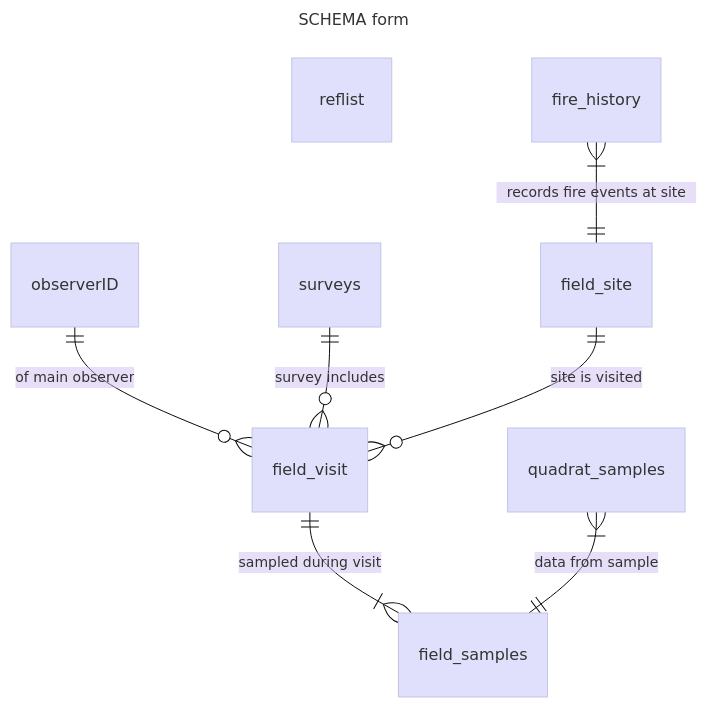
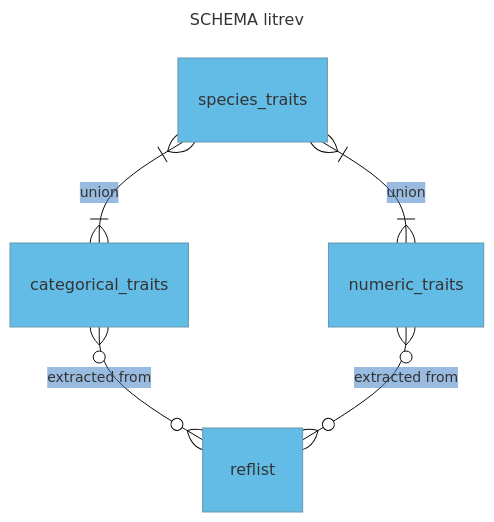
Before and after one commit to ces-unsw-edu-au/fireveg-db: the diagram in figs/ER-litrev-schema-overview.mmd, drawn with Mermaid. The commit also changed 1 other file, not shown here.

Commit message:
update links and diagram

```diff
--- a/figs/ER-litrev-schema-overview.mmd
+++ b/figs/ER-litrev-schema-overview.mmd
@@ -1,13 +1,9 @@
 ---
-title: SCHEMA form
+title: SCHEMA litrev
 ---
-%%{init: {'theme': 'base', 'themeVariables': { 'primaryColor': '#e0e0fc', 'edgeLabelBackground':'#e0e0fc', 'tertiaryColor': '#cec0f0'}}}%%
+%%{init: {'theme': 'base', 'themeVariables': { 'primaryColor': '#63bce5', 'edgeLabelBackground':'#63bce5', 'tertiaryColor': '#3778c2'}}}%%
 erDiagram
-    reflist
-    
-    observerID ||--o{ field_visit : "of main observer"
-    surveys ||--o{ field_visit : "survey includes"
-    field_site ||--o{ field_visit : "site is visited"
-    fire_history }|--||field_site : "records fire events at site"
-    field_visit ||--|{field_samples: "sampled during visit"
-    quadrat_samples }|--||field_samples: "data from sample"
+    categorical_traits }o--o{ reflist : "extracted from"
+    numeric_traits }o--o{ reflist : "extracted from"
+    species_traits }|--|{ categorical_traits : "union"
+    species_traits }|--|{ numeric_traits : "union"
```
